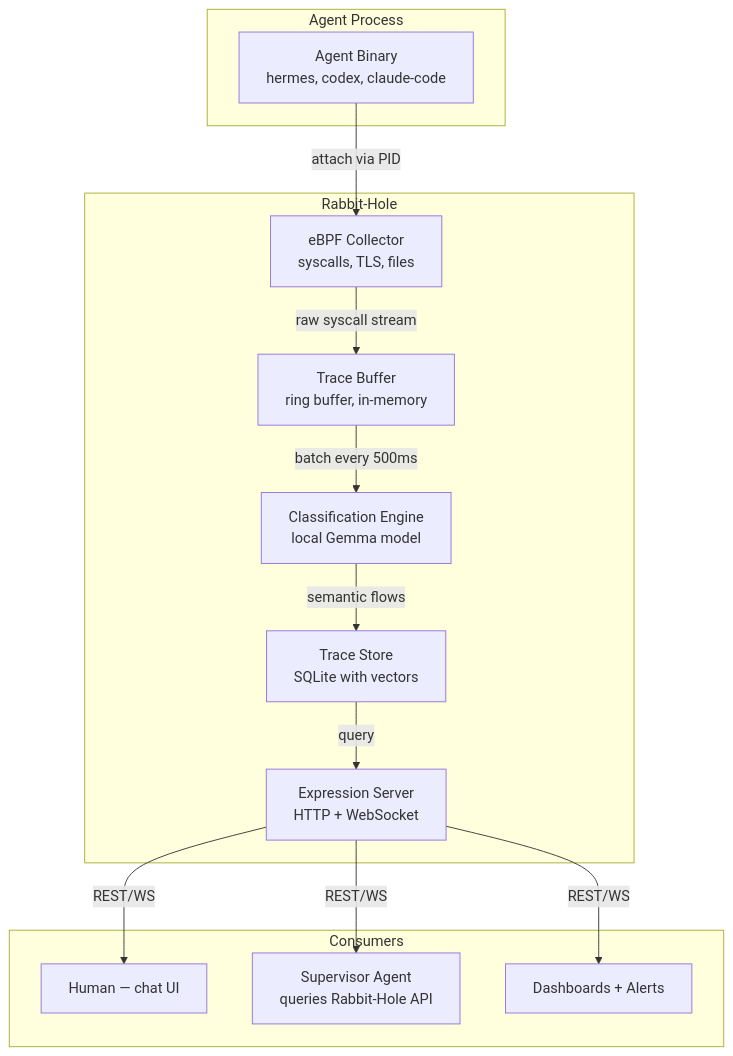
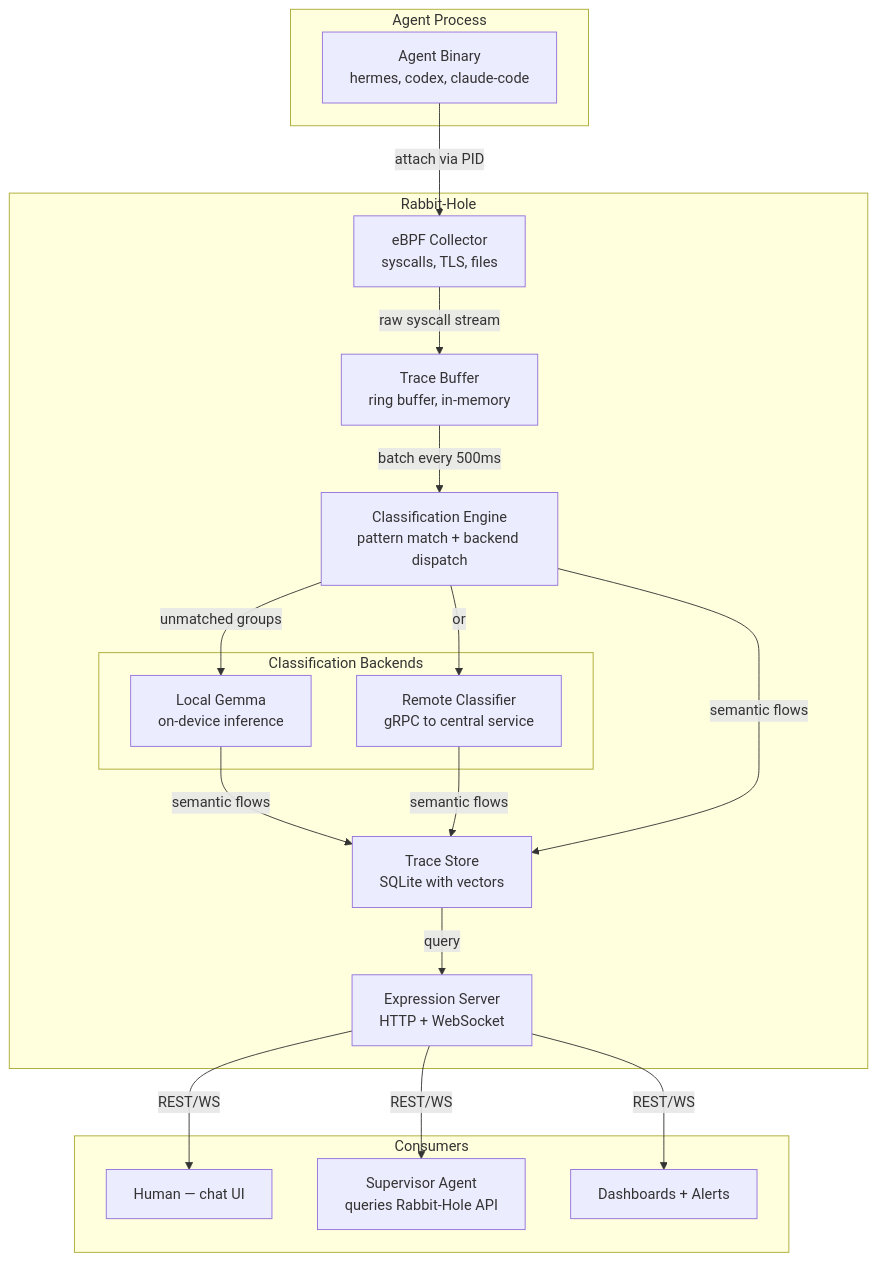
One commit to totalwindupflightsystems/rabbit-hole changed the first of 2 diagrams in specs/01-Overview-Architecture.md. Above: the diagram before and after it, drawn with Mermaid. The commit also changed other lines of this file and 2 other files, not shown here.

Commit message:
arch: pluggable classification backend — local Gemma or remote gRPC
ClassificationBackend interface replaces hardcoded GemmaModel.
Two implementations: LocalBackend (llama.cpp on-device) and
RemoteBackend (gRPC to central classifier service).
ClassificationEngine dispatches to whichever backend is configured.

Edge devices keep local Gemma. Fleet deployments offload to
central classifier. Same interface, different transport.

Updated S01 (architecture diagram), S03 (interfaces +
implementations), AGENTS.md.

````diff
--- a/specs/01-Overview-Architecture.md
+++ b/specs/01-Overview-Architecture.md
@@ -30,29 +32,39 @@
 ```mermaid
 graph TD
     subgraph "Agent Process"
         A[Agent Binary<br/>hermes, codex, claude-code]
     end
 
     subgraph "Rabbit-Hole"
         C[eBPF Collector<br/>syscalls, TLS, files]
         D[Trace Buffer<br/>ring buffer, in-memory]
-        E[Classification Engine<br/>local Gemma model]
+        E[Classification Engine<br/>pattern match + backend dispatch]
         F[Trace Store<br/>SQLite with vectors]
         G[Expression Server<br/>HTTP + WebSocket]
+
+        subgraph "Classification Backends"
+            L[Local Gemma<br/>on-device inference]
+            R[Remote Classifier<br/>gRPC to central service]
+        end
+
+        E -->|unmatched groups| L
+        E -->|or| R
+        L -->|semantic flows| F
+        R -->|semantic flows| F
     end
 
     subgraph "Consumers"
         H[Human — chat UI]
         I[Supervisor Agent<br/>queries Rabbit-Hole API]
         J[Dashboards + Alerts]
     end
 
     A -->|attach via PID| C
     C -->|raw syscall stream| D
     D -->|batch every 500ms| E
     E -->|semantic flows| F
     F -->|query| G
     G -->|REST/WS| H
     G -->|REST/WS| I
     G -->|REST/WS| J
 ```
````
